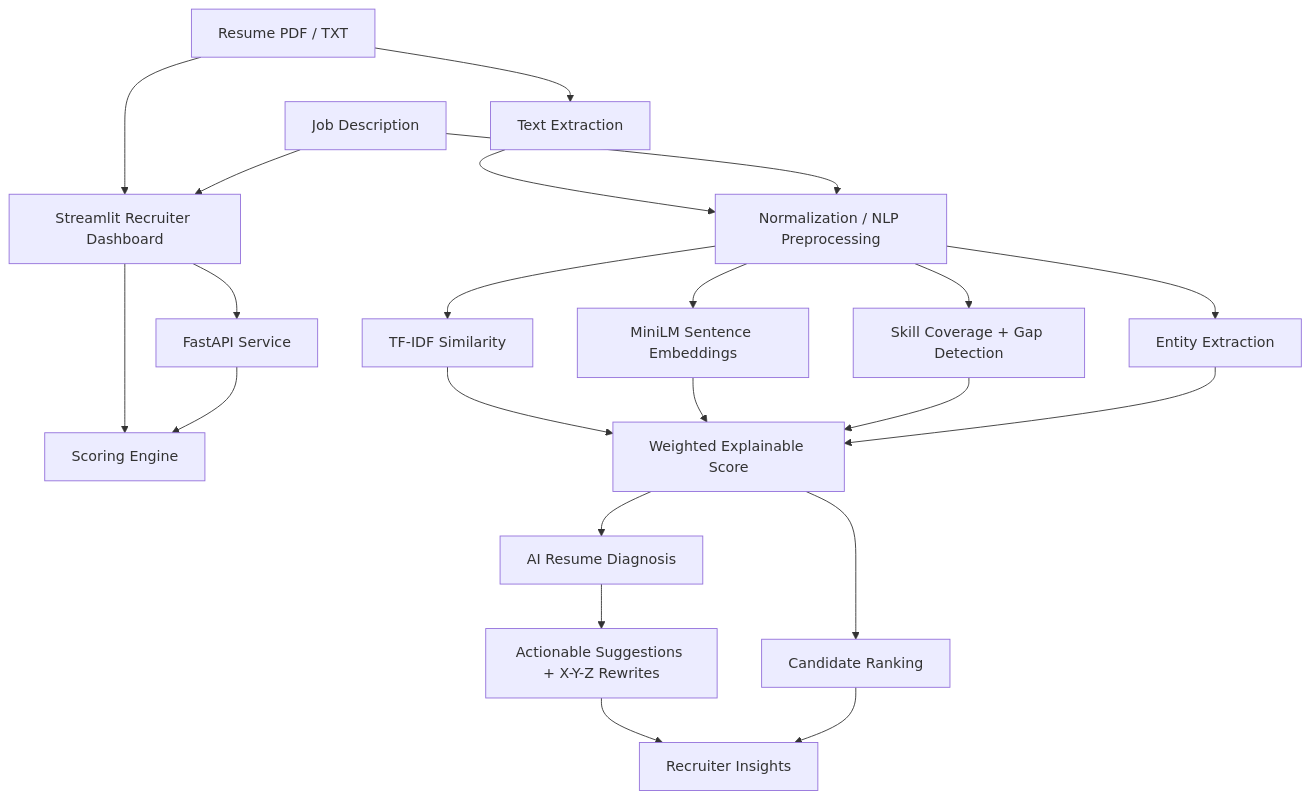
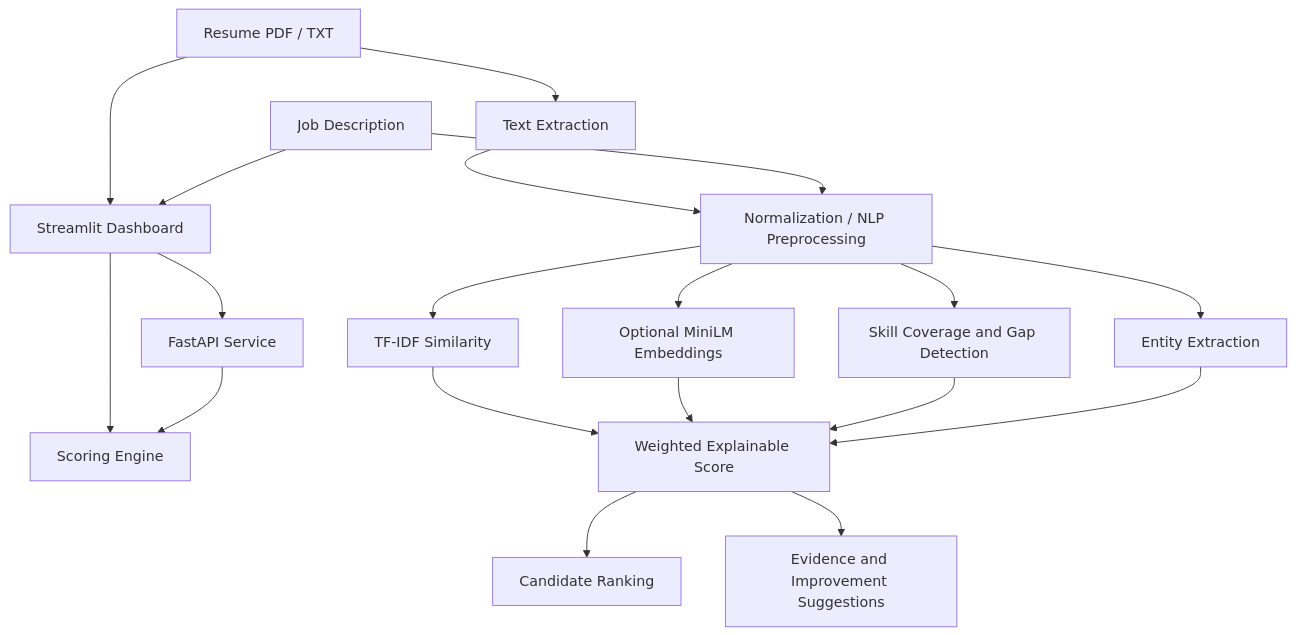
One commit to Ankitkumar06102005/ResumeIQ changed the diagram in README.md. Above: the diagram before and after it, drawn with Mermaid. The commit also changed other lines of this file, not shown here.

Commit message:
Refresh README for ResumeIQ2 live deployment

````diff
--- a/README.md
+++ b/README.md
@@ -25,24 +36,21 @@
 ```mermaid
 flowchart TD
-    R[Resume PDF / TXT] --> APP[Streamlit Recruiter Dashboard]
+    R[Resume PDF / TXT] --> APP[Streamlit Dashboard]
     JD[Job Description] --> APP
+    APP --> ENG[Scoring Engine]
     APP --> API[FastAPI Service]
-    APP --> ENG[Scoring Engine]
     API --> ENG
     R --> EXT[Text Extraction]
     EXT --> NORM[Normalization / NLP Preprocessing]
     JD --> NORM
     NORM --> TF[TF-IDF Similarity]
-    NORM --> EMB[MiniLM Sentence Embeddings]
-    NORM --> SK[Skill Coverage + Gap Detection]
+    NORM --> EMB[Optional MiniLM Embeddings]
+    NORM --> SK[Skill Coverage and Gap Detection]
     NORM --> ENT[Entity Extraction]
     TF --> SCORE[Weighted Explainable Score]
     EMB --> SCORE
     SK --> SCORE
     ENT --> SCORE
     SCORE --> RANK[Candidate Ranking]
-    SCORE --> DIAG[AI Resume Diagnosis]
-    DIAG --> OPT[Actionable Suggestions + X-Y-Z Rewrites]
-    OPT --> OUT[Recruiter Insights]
-    RANK --> OUT
+    SCORE --> INSIGHTS[Evidence and Improvement Suggestions]
 ```
````
